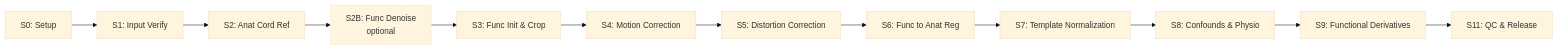
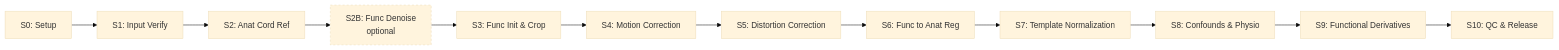
Before and after one commit to SpinePrep/SpinePrep: the diagram in docs/methods/overview.md, drawn with Mermaid (base theme). The commit also changed other lines of this file and 40 other files, not shown here.

````diff
--- a/docs/methods/overview.md
+++ b/docs/methods/overview.md
@@ -31,15 +31,15 @@
 ```mermaid
 flowchart LR
     S0[S0: Setup] --> S1[S1: Input Verify]
     S1 --> S2[S2: Anat Cord Ref]
     S2 --> S2B[S2B: Func Denoise<br/>optional]
     S2B --> S3[S3: Func Init & Crop]
     S3 --> S4[S4: Motion Correction]
     S4 --> S5[S5: Distortion Correction]
     S5 --> S6[S6: Func to Anat Reg]
     S6 --> S7[S7: Template Normalization]
     S7 --> S8[S8: Confounds & Physio]
     S8 --> S9[S9: Functional Derivatives]
-    S9 --> S11[S11: QC & Release]
+    S9 --> S10[S10: QC & Release]
     style S2B stroke-dasharray: 4 4
 ```
````
